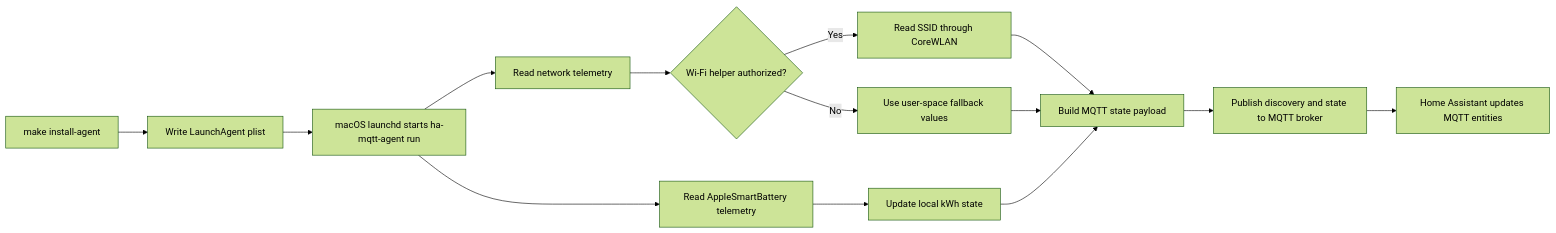
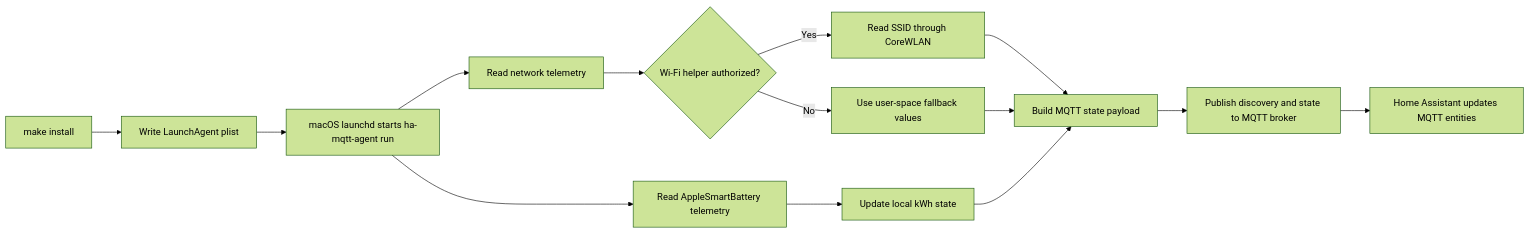
The diagram in README.md (marcomc/ha-mqtt-agent), drawn with Mermaid (forest theme) before and after one commit. The commit also changed other lines of this file and 11 other files, not shown here.

````diff
--- a/README.md
+++ b/README.md
@@ -43,18 +43,18 @@
 ```mermaid
 flowchart LR
   accTitle: Runtime telemetry flow
   accDescr: Shows how the LaunchAgent publishes Mac telemetry to Home Assistant through MQTT.
-  install["make install-agent"] --> plist["Write LaunchAgent plist"]
+  install["make install"] --> plist["Write LaunchAgent plist"]
   plist --> launchd["macOS launchd starts ha-mqtt-agent run"]
   launchd --> battery["Read AppleSmartBattery telemetry"]
   launchd --> network["Read network telemetry"]
   network --> helper{"Wi-Fi helper authorized?"}
   helper -->|Yes| ssid["Read SSID through CoreWLAN"]
   helper -->|No| fallback["Use user-space fallback values"]
   battery --> energy["Update local kWh state"]
   ssid --> payload["Build MQTT state payload"]
   fallback --> payload
   energy --> payload
   payload --> mqtt["Publish discovery and state to MQTT broker"]
   mqtt --> ha["Home Assistant updates MQTT entities"]
 ```
````
